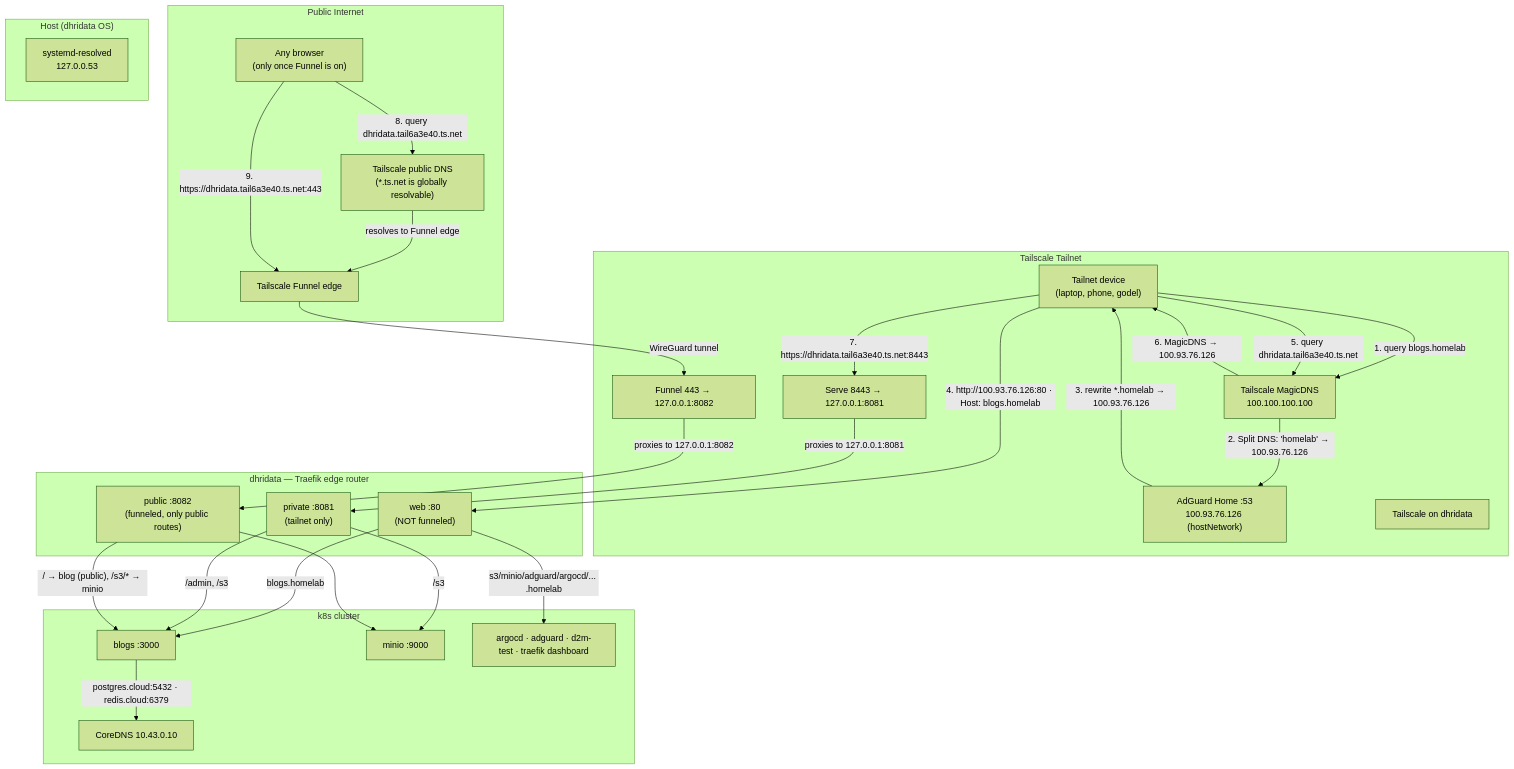
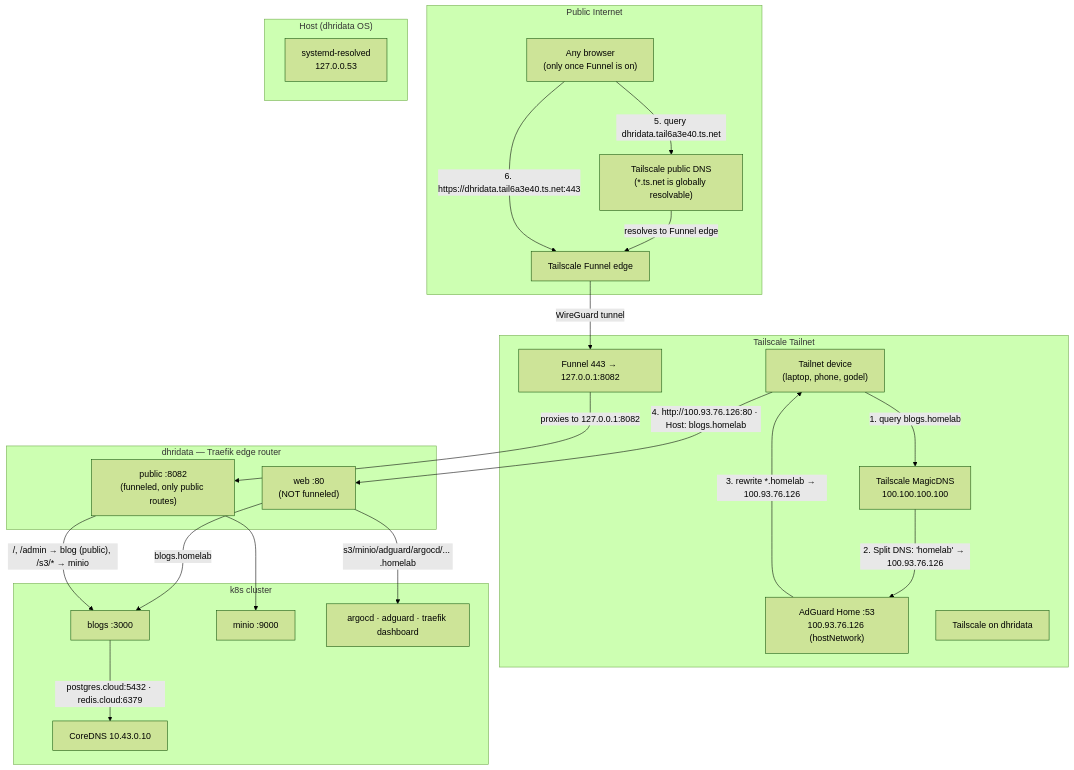
Before and after one commit to adi-amatdev/homelab: the diagram in docs/dns.md, drawn with Mermaid (forest theme). The commit also changed other lines of this file and 6 other files, not shown here.

Commit message:
docs: drop private/serve/8443; transfer apps namespace ownership to blogs

````diff
--- a/docs/dns.md
+++ b/docs/dns.md
@@ -33,62 +32,52 @@
 ```mermaid
 flowchart TB
     subgraph internet["Public Internet"]
         pub["Any browser<br/>(only once Funnel is on)"]
         taildns["Tailscale public DNS<br/>(*.ts.net is globally resolvable)"]
         funneledge["Tailscale Funnel edge"]
     end
 
     subgraph tailnet["Tailscale Tailnet"]
         dev["Tailnet device<br/>(laptop, phone, godel)"]
         mdns["Tailscale MagicDNS<br/>100.100.100.100"]
         adg["AdGuard Home :53<br/>100.93.76.126 (hostNetwork)"]
         ts["Tailscale on dhridata"]
         funnel["Funnel 443 → 127.0.0.1:8082"]
-        serve["Serve 8443 → 127.0.0.1:8081"]
     end
 
     subgraph node["dhridata — Traefik edge router"]
         e_web["web :80<br/>(NOT funneled)"]
         e_pub["public :8082<br/>(funneled, only public routes)"]
-        e_priv["private :8081<br/>(tailnet only)"]
     end
 
     subgraph k8s["k8s cluster"]
         blog["blogs :3000"]
         minio["minio :9000"]
-        others["argocd · adguard · d2m-test · traefik dashboard"]
+        others["argocd · adguard · traefik dashboard"]
         coredns["CoreDNS 10.43.0.10"]
     end
 
     subgraph host["Host (dhridata OS)"]
         resolved["systemd-resolved<br/>127.0.0.53"]
     end
 
     %% *.homelab (tailnet, via AdGuard)
     dev -- "1. query blogs.homelab" --> mdns
     mdns -- "2. Split DNS: 'homelab' → 100.93.76.126" --> adg
     adg -- "3. rewrite *.homelab → 100.93.76.126" --> dev
     dev -- "4. http://100.93.76.126:80 · Host: blogs.homelab" --> e_web
     e_web -- "blogs.homelab" --> blog
     e_web -- "s3/minio/adguard/argocd/... .homelab" --> others
 
-    %% dhridata.ts.net — private (tailnet)
-    dev -- "5. query dhridata.tail6a3e40.ts.net" --> mdns
-    mdns -- "6. MagicDNS → 100.93.76.126" --> dev
-    dev -- "7. https://dhridata.tail6a3e40.ts.net:8443" --> serve
-    serve -- "proxies to 127.0.0.1:8081" --> e_priv
-    e_priv -- "/admin, /s3" --> blog
-    e_priv -- "/s3" --> minio
-
     %% dhridata.ts.net — public (internet)
-    pub -- "8. query dhridata.tail6a3e40.ts.net" --> taildns
+    pub -- "5. query dhridata.tail6a3e40.ts.net" --> taildns
     taildns -- "resolves to Funnel edge" --> funneledge
-    pub -- "9. https://dhridata.tail6a3e40.ts.net:443" --> funneledge
+    pub -- "6. https://dhridata.tail6a3e40.ts.net:443" --> funneledge
     funneledge -- "WireGuard tunnel" --> funnel
     funnel -- "proxies to 127.0.0.1:8082" --> e_pub
-    e_pub -- "/ → blog (public), /s3/* → minio" --> blog
+    e_pub -- "/, /admin → blog (public), /s3/* → minio" --> blog
     e_pub --> minio
 
     %% in-cluster DNS
     blog -- "postgres.cloud:5432 · redis.cloud:6379" --> coredns
 ```
````
